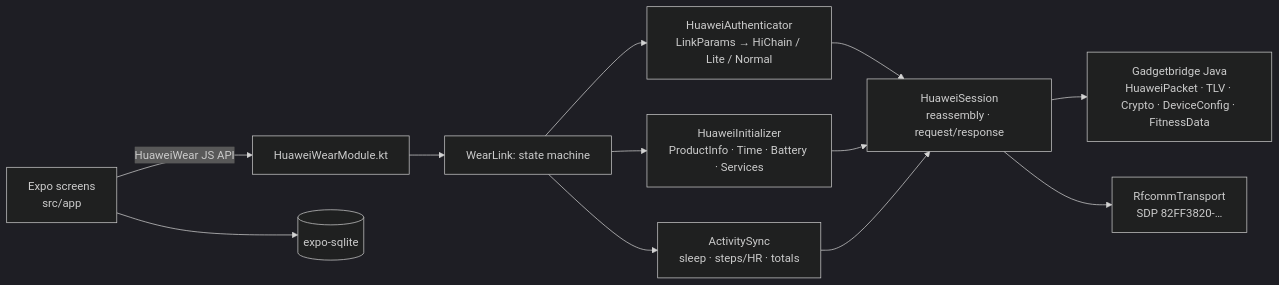
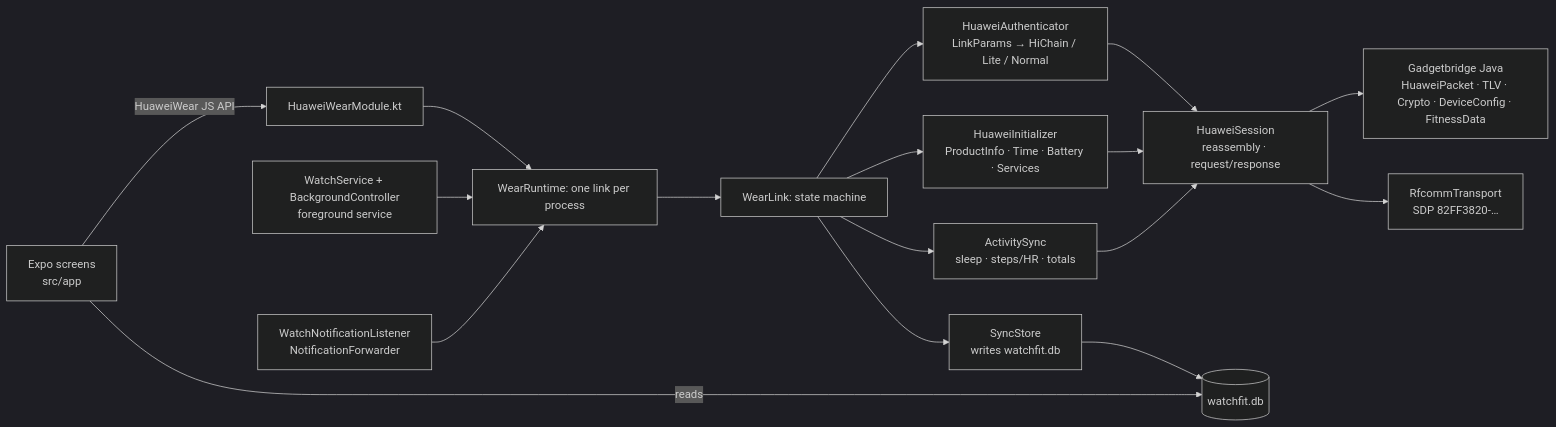
One commit to David4rr/joyofit changed the diagram in README.md. Above: the diagram before and after it, drawn with Mermaid (dark theme). The commit also changed other lines of this file and 63 other files, not shown here.

First line of the commit message:
Sleep files, background service, notifications, profile/goal

````diff
--- a/README.md
+++ b/README.md
@@ -19,12 +19,17 @@
 ```mermaid
 flowchart LR
   UI[Expo screens<br/>src/app] -- HuaweiWear JS API --> MOD[HuaweiWearModule.kt]
-  MOD --> LINK[WearLink: state machine]
+  MOD --> RT[WearRuntime: one link per process]
+  SVC[WatchService + BackgroundController<br/>foreground service] --> RT
+  NL[WatchNotificationListener<br/>NotificationForwarder] --> RT
+  RT --> LINK[WearLink: state machine]
   LINK --> AUTH[HuaweiAuthenticator<br/>LinkParams → HiChain / Lite / Normal]
   LINK --> INIT[HuaweiInitializer<br/>ProductInfo · Time · Battery · Services]
   LINK --> SYNC[ActivitySync<br/>sleep · steps/HR · totals]
+  LINK --> STORE[SyncStore<br/>writes watchfit.db]
   AUTH & INIT & SYNC --> SES[HuaweiSession<br/>reassembly · request/response]
   SES --> GB[Gadgetbridge Java<br/>HuaweiPacket · TLV · Crypto · DeviceConfig · FitnessData]
   SES --> RF[RfcommTransport<br/>SDP 82FF3820-…]
-  UI --> DB[(expo-sqlite)]
+  STORE --> DB[(watchfit.db)]
+  UI -- reads --> DB
 ```
````
